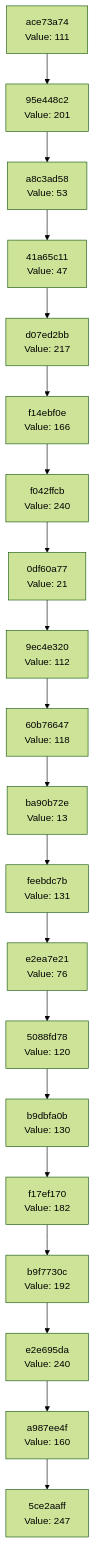
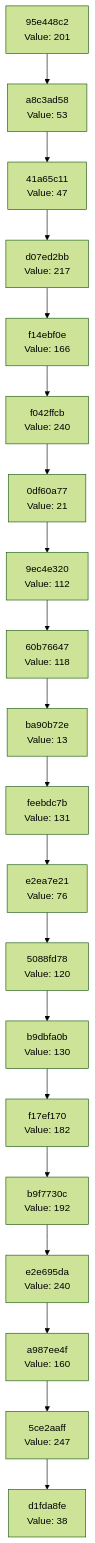
Before and after one commit to Abhisheksinha1506/hash-chain-evolver: the diagram in docs/CHAIN_VISUALIZATION.md, drawn with Mermaid (forest theme). The commit also changed 3 other files, not shown here.

````diff
--- a/docs/CHAIN_VISUALIZATION.md
+++ b/docs/CHAIN_VISUALIZATION.md
@@ -3,42 +3,42 @@
 ```mermaid
 graph TD
-    C0["5ce2aaff<br/>Value: 247"]
-    C1["a987ee4f<br/>Value: 160"]
+    C0["d1fda8fe<br/>Value: 38"]
+    C1["5ce2aaff<br/>Value: 247"]
     C1 --> C0
-    C2["e2e695da<br/>Value: 240"]
+    C2["a987ee4f<br/>Value: 160"]
     C2 --> C1
-    C3["b9f7730c<br/>Value: 192"]
+    C3["e2e695da<br/>Value: 240"]
     C3 --> C2
-    C4["f17ef170<br/>Value: 182"]
+    C4["b9f7730c<br/>Value: 192"]
     C4 --> C3
-    C5["b9dbfa0b<br/>Value: 130"]
+    C5["f17ef170<br/>Value: 182"]
     C5 --> C4
-    C6["5088fd78<br/>Value: 120"]
+    C6["b9dbfa0b<br/>Value: 130"]
     C6 --> C5
-    C7["e2ea7e21<br/>Value: 76"]
+    C7["5088fd78<br/>Value: 120"]
     C7 --> C6
-    C8["feebdc7b<br/>Value: 131"]
+    C8["e2ea7e21<br/>Value: 76"]
     C8 --> C7
-    C9["ba90b72e<br/>Value: 13"]
+    C9["feebdc7b<br/>Value: 131"]
     C9 --> C8
-    C10["60b76647<br/>Value: 118"]
+    C10["ba90b72e<br/>Value: 13"]
     C10 --> C9
-    C11["9ec4e320<br/>Value: 112"]
+    C11["60b76647<br/>Value: 118"]
     C11 --> C10
-    C12["0df60a77<br/>Value: 21"]
+    C12["9ec4e320<br/>Value: 112"]
     C12 --> C11
-    C13["f042ffcb<br/>Value: 240"]
+    C13["0df60a77<br/>Value: 21"]
     C13 --> C12
-    C14["f14ebf0e<br/>Value: 166"]
+    C14["f042ffcb<br/>Value: 240"]
     C14 --> C13
-    C15["d07ed2bb<br/>Value: 217"]
+    C15["f14ebf0e<br/>Value: 166"]
     C15 --> C14
-    C16["41a65c11<br/>Value: 47"]
+    C16["d07ed2bb<br/>Value: 217"]
     C16 --> C15
-    C17["a8c3ad58<br/>Value: 53"]
+    C17["41a65c11<br/>Value: 47"]
     C17 --> C16
-    C18["95e448c2<br/>Value: 201"]
+    C18["a8c3ad58<br/>Value: 53"]
     C18 --> C17
-    C19["ace73a74<br/>Value: 111"]
+    C19["95e448c2<br/>Value: 201"]
     C19 --> C18
 ```
````
